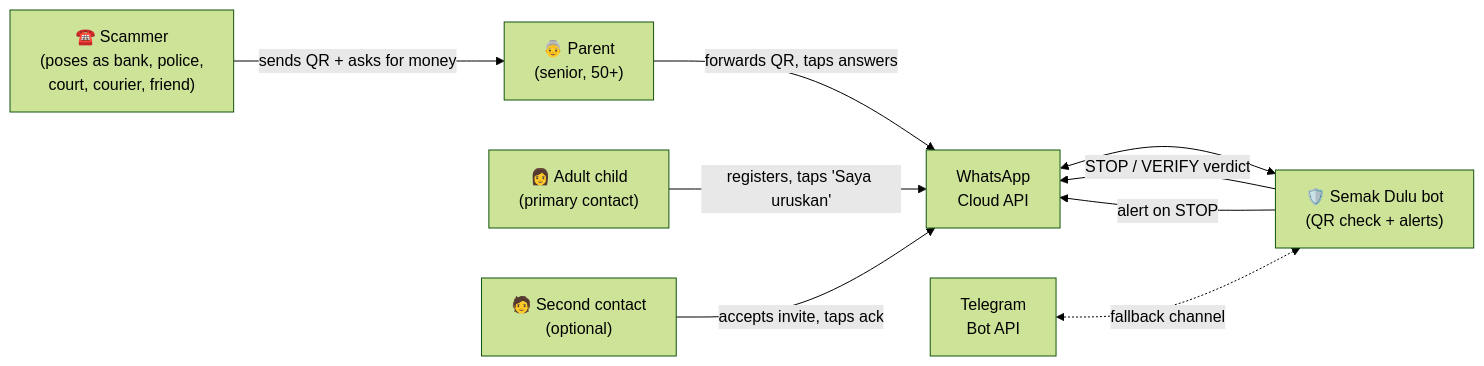
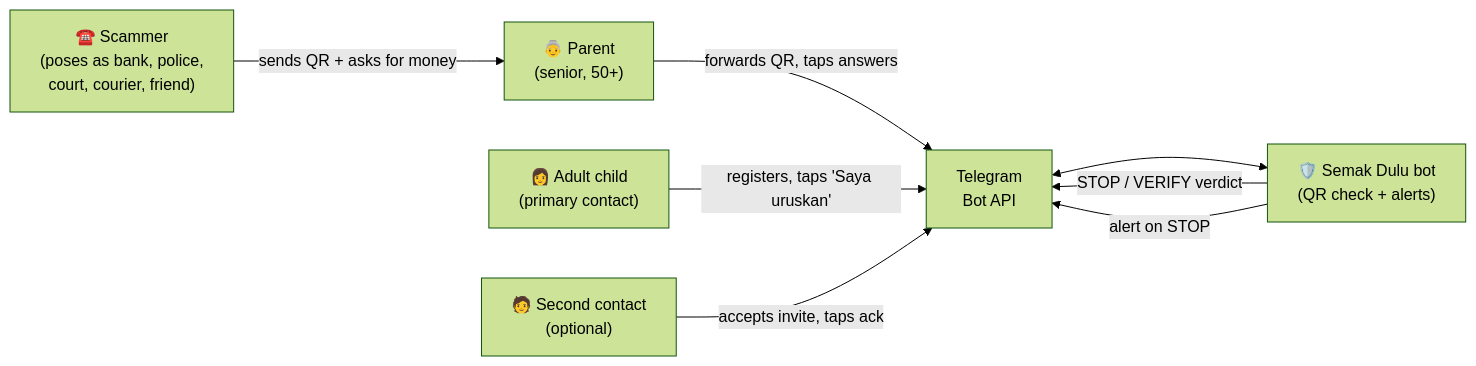
The diagram in docs/diagrams/01-context.mmd (WolffeyX/Public-.env-File-Cybersecurity-and-Digital-Safety), drawn with Mermaid (forest theme) before and after one commit. The commit also changed 17 other files, not shown here.

Commit message:
Docs v1.1: Telegram only, refresh diagrams, remove sprint plan

```diff
--- a/docs/diagrams/01-context.mmd
+++ b/docs/diagrams/01-context.mmd
@@ -1,17 +1,15 @@
 flowchart LR
   Parent["👵 Parent<br/>(senior, 50+)"]
   Child["👩 Adult child<br/>(primary contact)"]
   Second["🧑 Second contact<br/>(optional)"]
   Scammer["☎️ Scammer<br/>(poses as bank, police,<br/>court, courier, friend)"]
   System["🛡️ Semak Dulu bot<br/>(QR check + alerts)"]
-  WA["WhatsApp<br/>Cloud API"]
   TG["Telegram<br/>Bot API"]
 
   Scammer -- "sends QR + asks for money" --> Parent
-  Parent -- "forwards QR, taps answers" --> WA
-  Child -- "registers, taps 'Saya uruskan'" --> WA
-  Second -- "accepts invite, taps ack" --> WA
-  WA <--> System
-  TG <-. "fallback channel" .-> System
-  System -- "STOP / VERIFY verdict" --> WA
-  System -- "alert on STOP" --> WA
+  Parent -- "forwards QR, taps answers" --> TG
+  Child -- "registers, taps 'Saya uruskan'" --> TG
+  Second -- "accepts invite, taps ack" --> TG
+  TG <--> System
+  System -- "STOP / VERIFY verdict" --> TG
+  System -- "alert on STOP" --> TG
```
